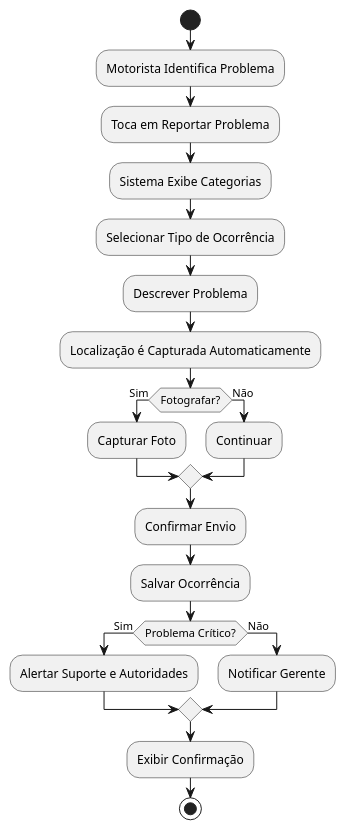
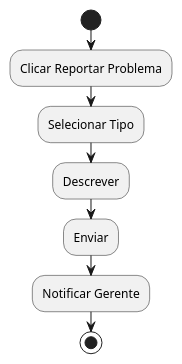
One commit to juliaovidio/Desenvolvimento-de-Sistemas-M-veis changed the sixth of 10 diagrams in docs/documentacao_casoUso.md. Above: the diagram before and after it, drawn with PlantUML. The commit also changed other lines of this file, not shown here.

````diff
--- a/docs/documentacao_casoUso.md
+++ b/docs/documentacao_casoUso.md
@@ -275,25 +282,11 @@
 ```plantuml
-@startuml UC06_Reporte_Problemas
+@startuml UC06
 start
-:Motorista Identifica Problema;
-:Toca em Reportar Problema;
-:Sistema Exibe Categorias;
-:Selecionar Tipo de Ocorrência;
-:Descrever Problema;
-:Localização é Capturada Automaticamente;
-if (Fotografar?) then (Sim)
-  :Capturar Foto;
-else (Não)
-  :Continuar;
-endif
-:Confirmar Envio;
-:Salvar Ocorrência;
-if (Problema Crítico?) then (Sim)
-  :Alertar Suporte e Autoridades;
-else (Não)
-  :Notificar Gerente;
-endif
-:Exibir Confirmação;
+:Clicar Reportar Problema;
+:Selecionar Tipo;
+:Descrever;
+:Enviar;
+:Notificar Gerente;
 stop
 @enduml
 ```
````
